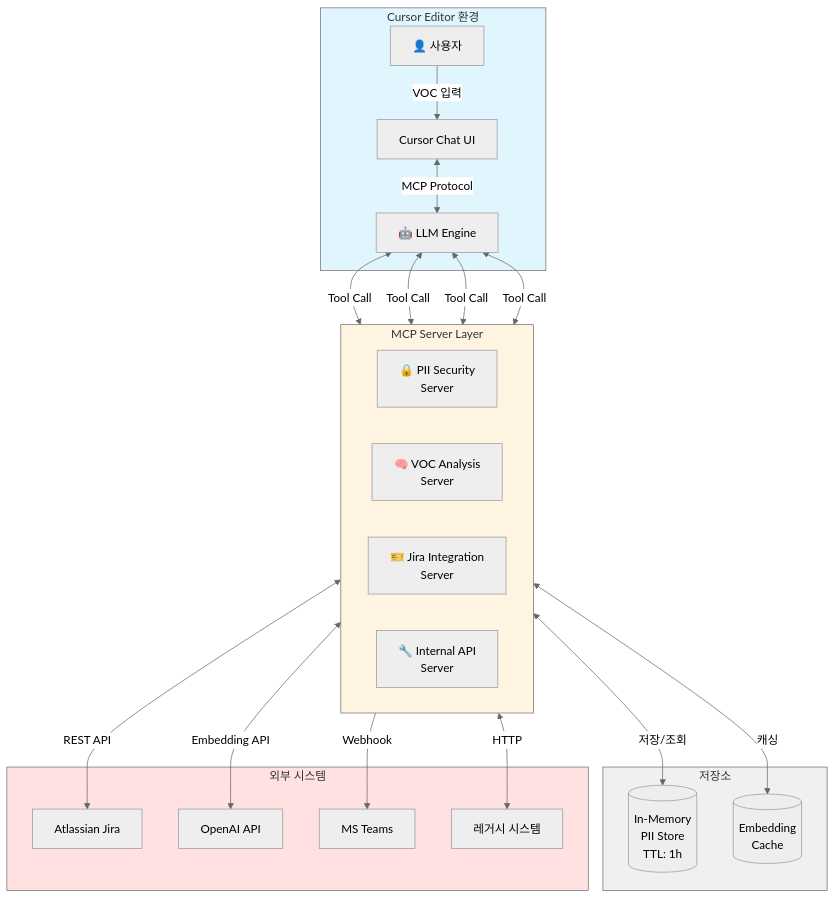
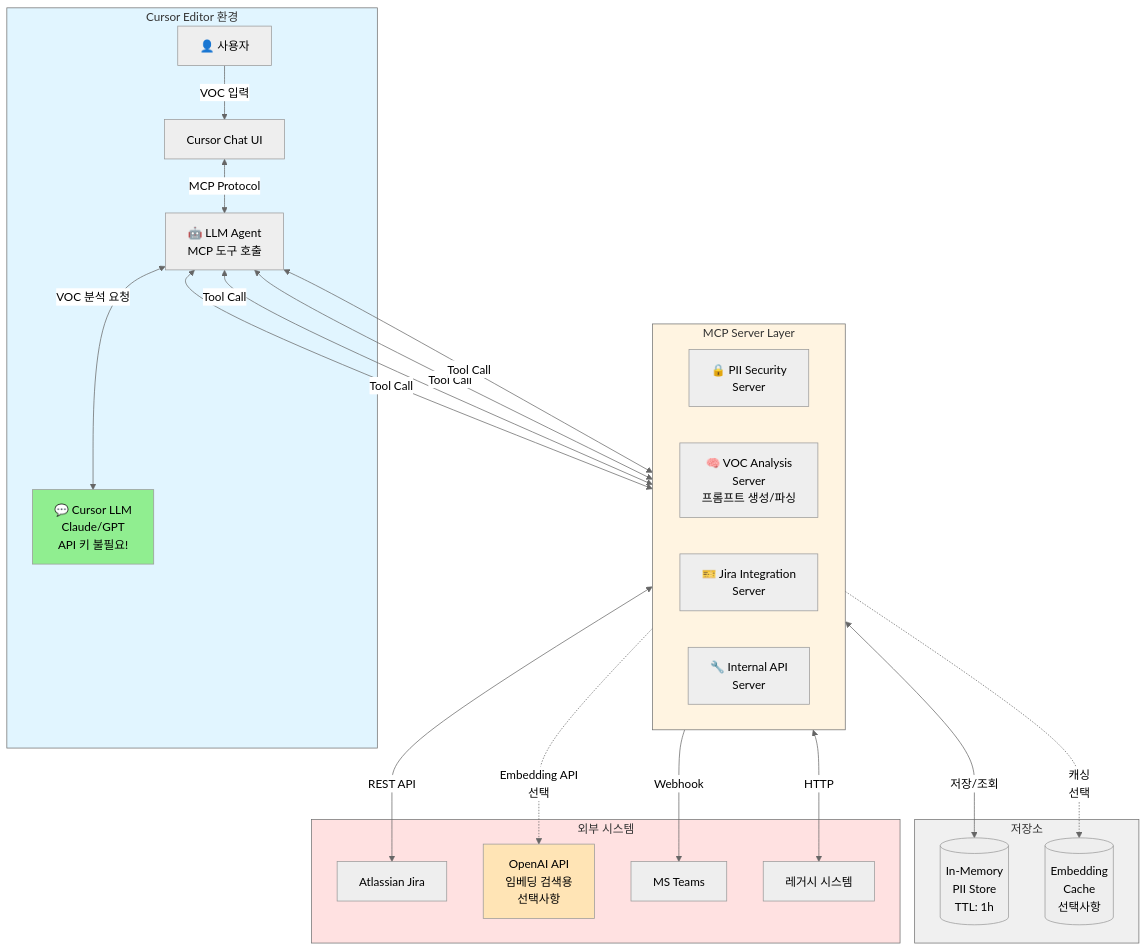
Before and after one commit to HackSung/voc-automation-mcp-server: the first of 2 diagrams in README.md, drawn with Mermaid (neutral theme). The commit also changed other lines of this file, not shown here.

First line of the commit message:
📚 데이터 흐름 다이어그램 최신화 - v2.0 워크플로우 반영

````diff
--- a/README.md
+++ b/README.md
@@ -64,49 +64,53 @@
 ```mermaid
 graph TB
     subgraph CursorEnv [Cursor Editor 환경]
         User[👤 사용자]
         CursorUI[Cursor Chat UI]
-        LLM[🤖 LLM Engine]
+        Agent[🤖 LLM Agent<br/>MCP 도구 호출]
+        CursorLLM[💬 Cursor LLM<br/>Claude/GPT<br/>API 키 불필요!]
     end
     
     subgraph MCPLayer [MCP Server Layer]
         direction LR
         PIIServer[🔒 PII Security<br/>Server]
-        VOCServer[🧠 VOC Analysis<br/>Server]
+        VOCServer[🧠 VOC Analysis<br/>Server<br/>프롬프트 생성/파싱]
         JiraServer[🎫 Jira Integration<br/>Server]
         APIServer[🔧 Internal API<br/>Server]
     end
     
     subgraph Storage [저장소]
         PIIMemory[(In-Memory<br/>PII Store<br/>TTL: 1h)]
-        EmbedCache[(Embedding<br/>Cache)]
+        EmbedCache[(Embedding<br/>Cache<br/>선택사항)]
     end
     
     subgraph External [외부 시스템]
         JiraCloud[Atlassian Jira]
-        OpenAI[OpenAI API]
+        OpenAI[OpenAI API<br/>임베딩 검색용<br/>선택사항]
         Teams[MS Teams]
         Legacy[레거시 시스템]
     end
     
     User -->|VOC 입력| CursorUI
-    CursorUI <-->|MCP Protocol| LLM
+    CursorUI <-->|MCP Protocol| Agent
+    Agent <-->|VOC 분석 요청| CursorLLM
     
-    LLM <-->|Tool Call| PIIServer
-    LLM <-->|Tool Call| VOCServer
-    LLM <-->|Tool Call| JiraServer
-    LLM <-->|Tool Call| APIServer
+    Agent <-->|Tool Call| PIIServer
+    Agent <-->|Tool Call| VOCServer
+    Agent <-->|Tool Call| JiraServer
+    Agent <-->|Tool Call| APIServer
     
     PIIServer <-->|저장/조회| PIIMemory
-    VOCServer <-->|캐싱| EmbedCache
+    VOCServer -.->|캐싱<br/>선택| EmbedCache
     
-    VOCServer <-->|Embedding API| OpenAI
+    VOCServer -.->|Embedding API<br/>선택| OpenAI
     JiraServer <-->|REST API| JiraCloud
     JiraServer -->|Webhook| Teams
     APIServer <-->|HTTP| Legacy
     
     style CursorEnv fill:#e1f5ff
     style MCPLayer fill:#fff4e1
     style Storage fill:#f0f0f0
     style External fill:#ffe1e1
+    style CursorLLM fill:#90EE90
+    style OpenAI fill:#FFE4B5
 ```
````
